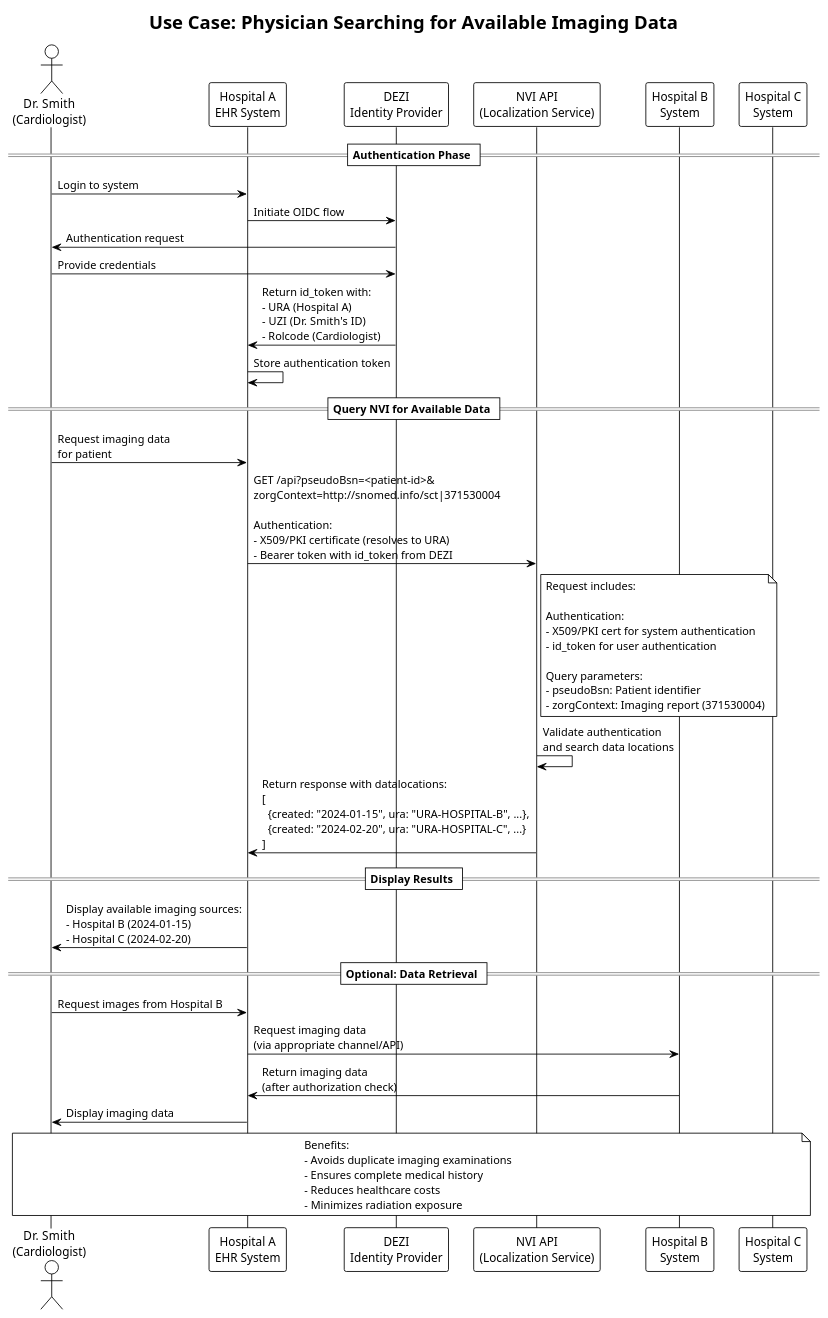
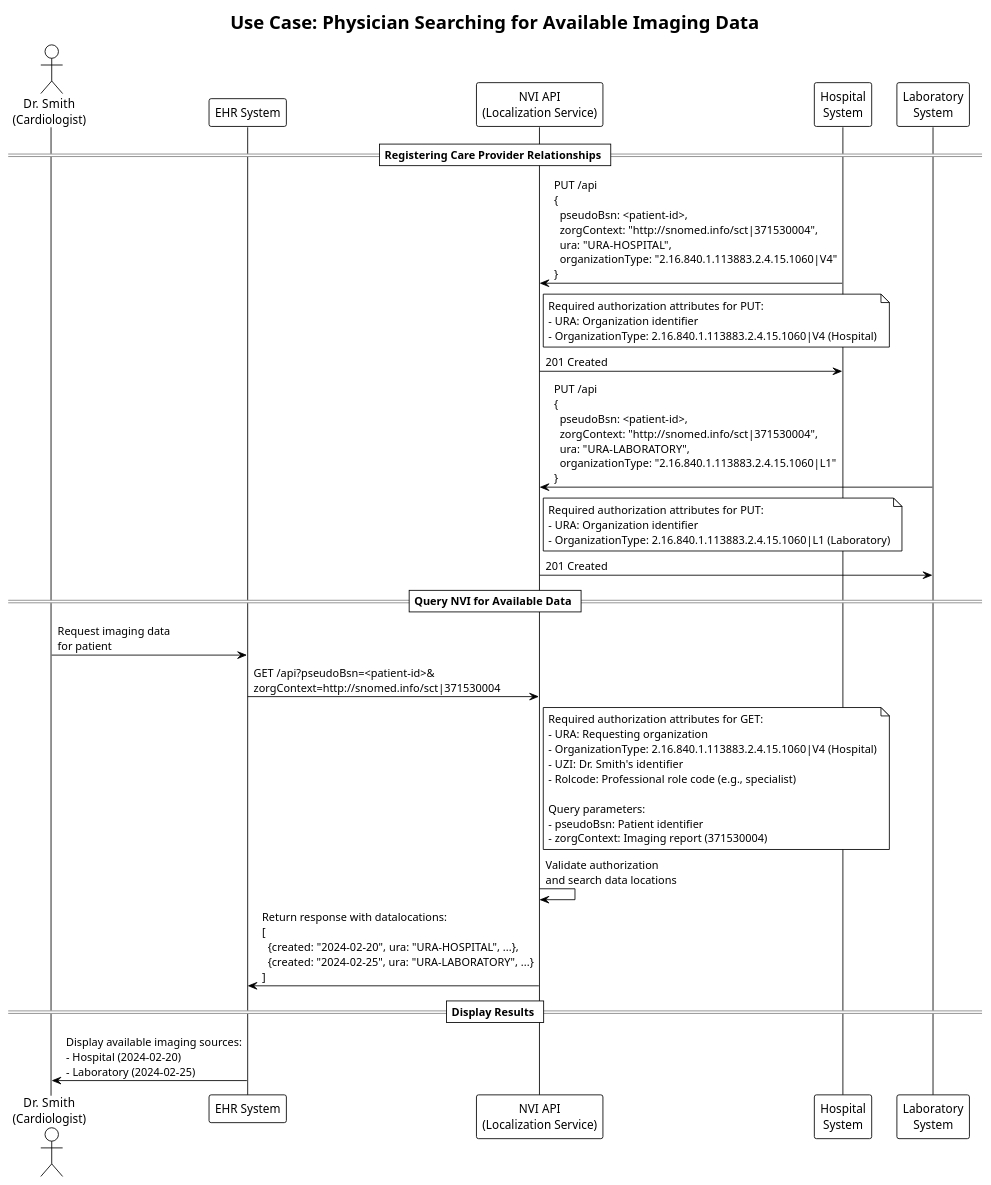
One commit to nuts-foundation/nl-generic-functions-ig changed the diagram in input/images-source/localization-physician-imaging-search.plantuml. Above: the diagram before and after it, drawn with PlantUML. The commit also changed 1 other file, not shown here.

Commit message:
Expand authentication and authorization details in localization documentation and update interaction diagram to reflect revised process.

```diff
--- a/input/images-source/localization-physician-imaging-search.plantuml
+++ b/input/images-source/localization-physician-imaging-search.plantuml
@@ -1,55 +1,49 @@
 @startuml
 !theme plain
 title Use Case: Physician Searching for Available Imaging Data
 
 actor "Dr. Smith\n(Cardiologist)" as doctor
-participant "Hospital A\nEHR System" as ehr
-participant "DEZI\nIdentity Provider" as dezi
+participant "EHR System" as ehr
 participant "NVI API\n(Localization Service)" as nvi
-participant "Hospital B\nSystem" as hospB
-participant "Hospital C\nSystem" as hospC
+participant "Hospital\nSystem" as dataholder
+participant "Laboratory\nSystem" as laboratory
 
-== Authentication Phase ==
-doctor -> ehr: Login to system
-ehr -> dezi: Initiate OIDC flow
-dezi -> doctor: Authentication request
-doctor -> dezi: Provide credentials
-dezi -> ehr: Return id_token with:\n- URA (Hospital A)\n- UZI (Dr. Smith's ID)\n- Rolcode (Cardiologist)
-ehr -> ehr: Store authentication token
+== Registering Care Provider Relationships ==
+dataholder -> nvi: PUT /api\n{\n  pseudoBsn: <patient-id>,\n  zorgContext: "http://snomed.info/sct|371530004",\n  ura: "URA-HOSPITAL",\n  organizationType: "2.16.840.1.113883.2.4.15.1060|V4"\n}
+note right of nvi
+  Required authorization attributes for PUT:
+  - URA: Organization identifier
+  - OrganizationType: 2.16.840.1.113883.2.4.15.1060|V4 (Hospital)
+end note
+nvi -> dataholder: 201 Created
+
+laboratory -> nvi: PUT /api\n{\n  pseudoBsn: <patient-id>,\n  zorgContext: "http://snomed.info/sct|371530004",\n  ura: "URA-LABORATORY",\n  organizationType: "2.16.840.1.113883.2.4.15.1060|L1"\n}
+note right of nvi
+  Required authorization attributes for PUT:
+  - URA: Organization identifier
+  - OrganizationType: 2.16.840.1.113883.2.4.15.1060|L1 (Laboratory)
+end note
+nvi -> laboratory: 201 Created
 
 == Query NVI for Available Data ==
 doctor -> ehr: Request imaging data\nfor patient
-ehr -> nvi: GET /api?pseudoBsn=<patient-id>&\nzorgContext=http://snomed.info/sct|371530004\n\nAuthentication:\n- X509/PKI certificate (resolves to URA)\n- Bearer token with id_token from DEZI
+ehr -> nvi: GET /api?pseudoBsn=<patient-id>&\nzorgContext=http://snomed.info/sct|371530004
 note right of nvi
-  Request includes:
-
-  Authentication:
-  - X509/PKI cert for system authentication
-  - id_token for user authentication
+  Required authorization attributes for GET:
+  - URA: Requesting organization
+  - OrganizationType: 2.16.840.1.113883.2.4.15.1060|V4 (Hospital)
+  - UZI: Dr. Smith's identifier
+  - Rolcode: Professional role code (e.g., specialist)
 
   Query parameters:
   - pseudoBsn: Patient identifier
   - zorgContext: Imaging report (371530004)
 end note
-nvi -> nvi: Validate authentication\nand search data locations
+nvi -> nvi: Validate authorization\nand search data locations
 
-nvi -> ehr: Return response with datalocations:\n[\n  {created: "2024-01-15", ura: "URA-HOSPITAL-B", ...},\n  {created: "2024-02-20", ura: "URA-HOSPITAL-C", ...}\n]
+nvi -> ehr: Return response with datalocations:\n[\n  {created: "2024-02-20", ura: "URA-HOSPITAL", ...},\n  {created: "2024-02-25", ura: "URA-LABORATORY", ...}\n]
 
 == Display Results ==
-ehr -> doctor: Display available imaging sources:\n- Hospital B (2024-01-15)\n- Hospital C (2024-02-20)
-
-== Optional: Data Retrieval ==
-doctor -> ehr: Request images from Hospital B
-ehr -> hospB: Request imaging data\n(via appropriate channel/API)
-hospB -> ehr: Return imaging data\n(after authorization check)
-ehr -> doctor: Display imaging data
-
-note over doctor, hospC
-  Benefits:
-  - Avoids duplicate imaging examinations
-  - Ensures complete medical history
-  - Reduces healthcare costs
-  - Minimizes radiation exposure
-end note
+ehr -> doctor: Display available imaging sources:\n- Hospital (2024-02-20)\n- Laboratory (2024-02-25)
 
 @enduml
```
